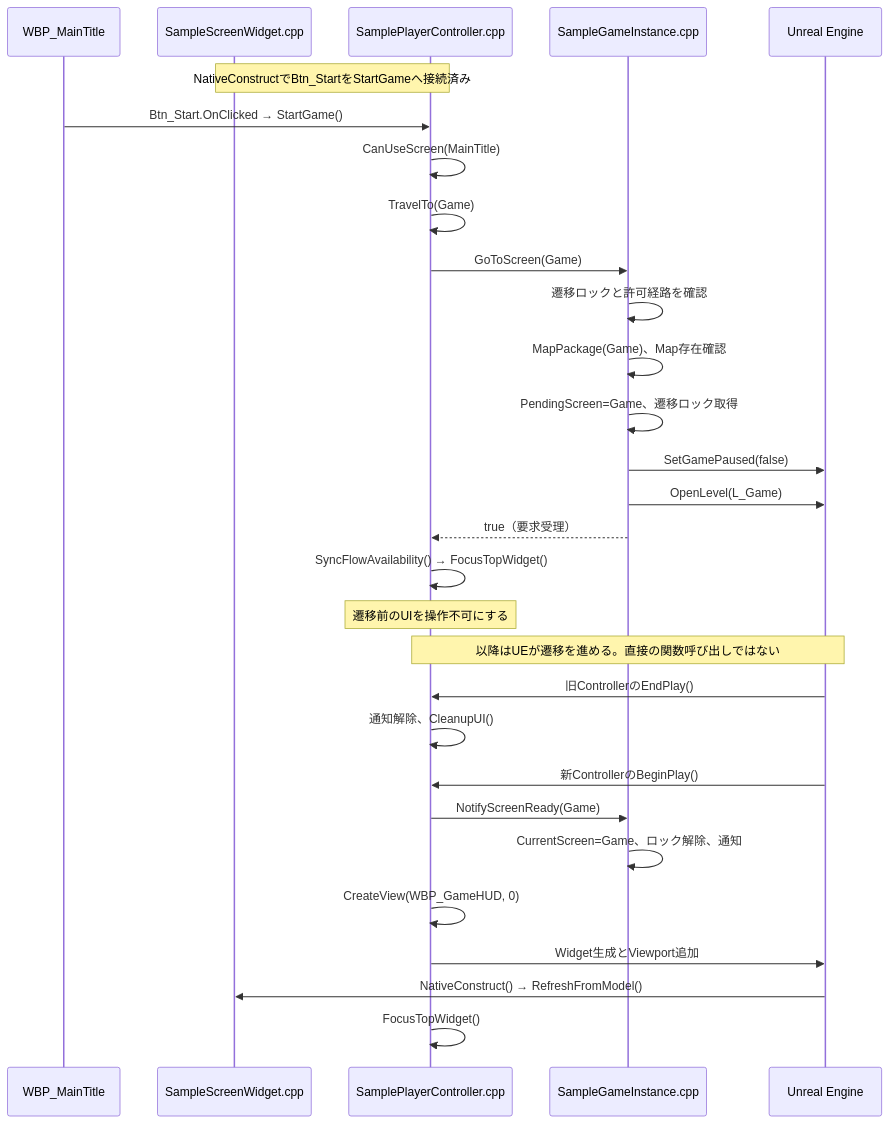
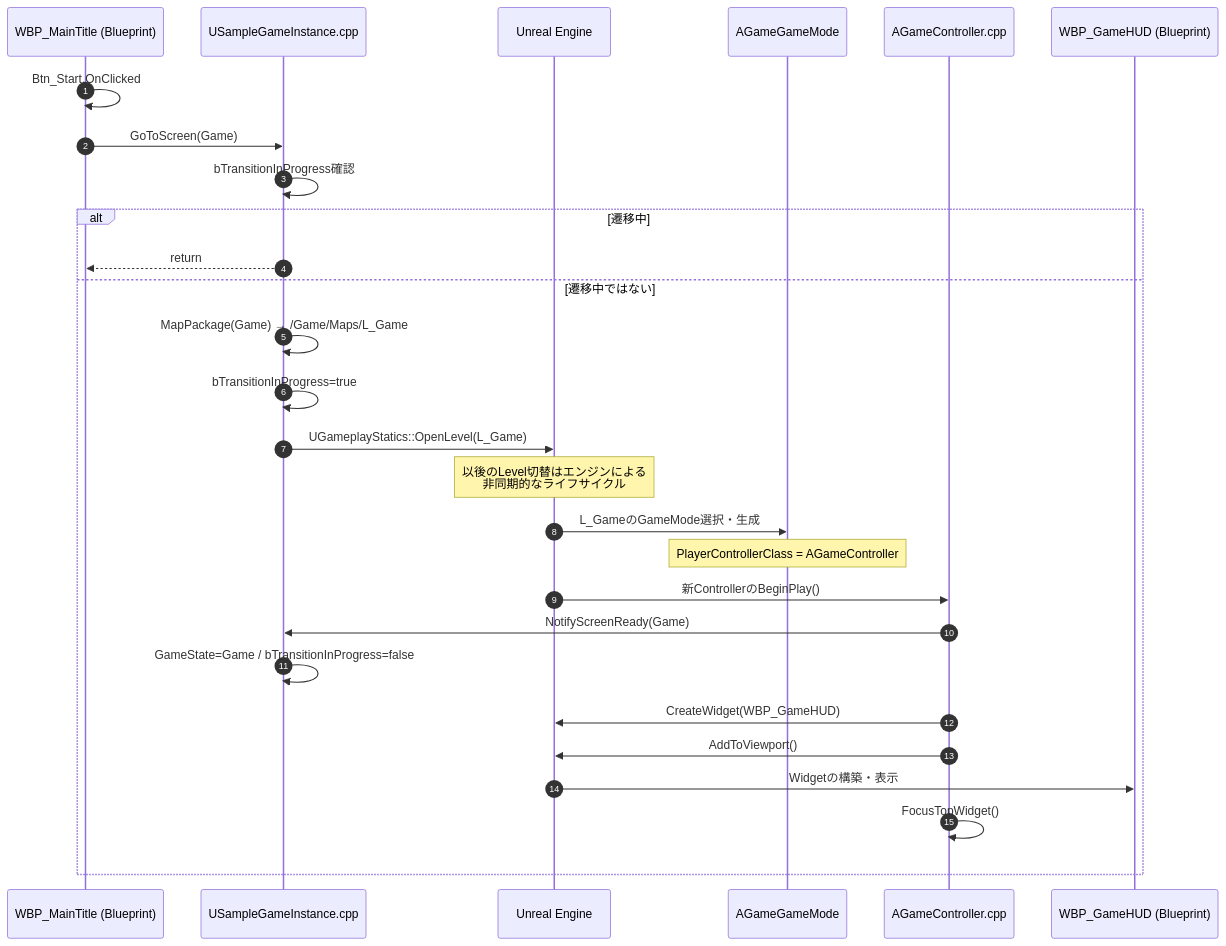
The second of 5 diagrams in docs/CALL_FLOW.md (mrtksHub/codex_ue_sample_cpp), drawn with Mermaid before and after one commit. The commit also changed other lines of this file, not shown here.

Commit message:
Rewrite CALL_FLOW for exact per-screen controllers and Blueprint event wiring

````diff
--- a/docs/CALL_FLOW.md
+++ b/docs/CALL_FLOW.md
@@ -58,31 +62,30 @@
 ```mermaid
 sequenceDiagram
-    participant BP as WBP_MainTitle
-    participant W as SampleScreenWidget.cpp
-    participant PC as SamplePlayerController.cpp
-    participant GI as SampleGameInstance.cpp
+    autonumber
+    participant BP as WBP_MainTitle (Blueprint)
+    participant GI as USampleGameInstance.cpp
     participant UE as Unreal Engine
-    Note over W,PC: NativeConstructでBtn_StartをStartGameへ接続済み
-    BP->>PC: Btn_Start.OnClicked → StartGame()
-    PC->>PC: CanUseScreen(MainTitle)
-    PC->>PC: TravelTo(Game)
-    PC->>GI: GoToScreen(Game)
-    GI->>GI: 遷移ロックと許可経路を確認
-    GI->>GI: MapPackage(Game)、Map存在確認
-    GI->>GI: PendingScreen=Game、遷移ロック取得
-    GI->>UE: SetGamePaused(false)
-    GI->>UE: OpenLevel(L_Game)
-    GI-->>PC: true（要求受理）
-    PC->>PC: SyncFlowAvailability() → FocusTopWidget()
-    Note over PC: 遷移前のUIを操作不可にする
-    Note over PC,UE: 以降はUEが遷移を進める。直接の関数呼び出しではない
-    UE->>PC: 旧ControllerのEndPlay()
-    PC->>PC: 通知解除、CleanupUI()
-    UE->>PC: 新ControllerのBeginPlay()
-    PC->>GI: NotifyScreenReady(Game)
-    GI->>GI: CurrentScreen=Game、ロック解除、通知
-    PC->>PC: CreateView(WBP_GameHUD, 0)
-    PC->>UE: Widget生成とViewport追加
-    UE->>W: NativeConstruct() → RefreshFromModel()
-    PC->>PC: FocusTopWidget()
+    participant GM as AGameGameMode
+    participant PC as AGameController.cpp
+    participant HUD as WBP_GameHUD (Blueprint)
+    BP->>BP: Btn_Start.OnClicked
+    BP->>GI: GoToScreen(Game)
+    GI->>GI: bTransitionInProgress確認
+    alt 遷移中
+        GI-->>BP: return
+    else 遷移中ではない
+        GI->>GI: MapPackage(Game) → /Game/Maps/L_Game
+        GI->>GI: bTransitionInProgress=true
+        GI->>UE: UGameplayStatics::OpenLevel(L_Game)
+        Note over UE: 以後のLevel切替はエンジンによる<br/>非同期的なライフサイクル
+        UE->>GM: L_GameのGameMode選択・生成
+        Note over GM: PlayerControllerClass = AGameController
+        UE->>PC: 新ControllerのBeginPlay()
+        PC->>GI: NotifyScreenReady(Game)
+        GI->>GI: GameState=Game / bTransitionInProgress=false
+        PC->>UE: CreateWidget(WBP_GameHUD)
+        PC->>UE: AddToViewport()
+        UE->>HUD: Widgetの構築・表示
+        PC->>PC: FocusTopWidget()
+    end
 ```
````
